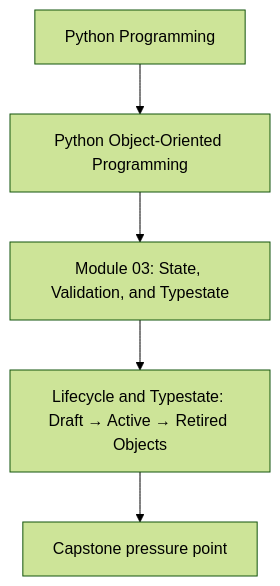
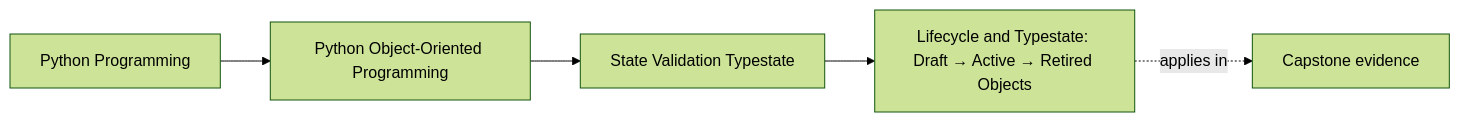
One commit to bijux/bijux-masterclass changed the first of 2 diagrams in programs/python-programming/python-object-oriented-programming/course-book/module-03-state-validation-typestate/lifecycle-and-typestate.md. Above: the diagram before and after it, drawn with Mermaid (forest theme). The commit also changed other lines of this file and 65 other files, not shown here.

Commit message:
docs(python-object-oriented-programming): map object model and design foundations

````diff
--- a/programs/python-programming/python-object-oriented-programming/course-book/module-03-state-validation-typestate/lifecycle-and-typestate.md
+++ b/programs/python-programming/python-object-oriented-programming/course-book/module-03-state-validation-typestate/lifecycle-and-typestate.md
@@ -7,7 +7,11 @@
 ```mermaid
-flowchart TD
-  family["Python Programming"] --> program["Python Object-Oriented Programming"]
-  program --> module["Module 03: State, Validation, and Typestate"]
-  module --> concept["Lifecycle and Typestate: Draft → Active → Retired Objects"]
-  concept --> capstone["Capstone pressure point"]
+graph LR
+  family["Python Programming"]
+  program["Python Object-Oriented Programming"]
+  section["State Validation Typestate"]
+  page["Lifecycle and Typestate: Draft → Active → Retired Objects"]
+  capstone["Capstone evidence"]
+
+  family --> program --> section --> page
+  page -.applies in.-> capstone
 ```
````
